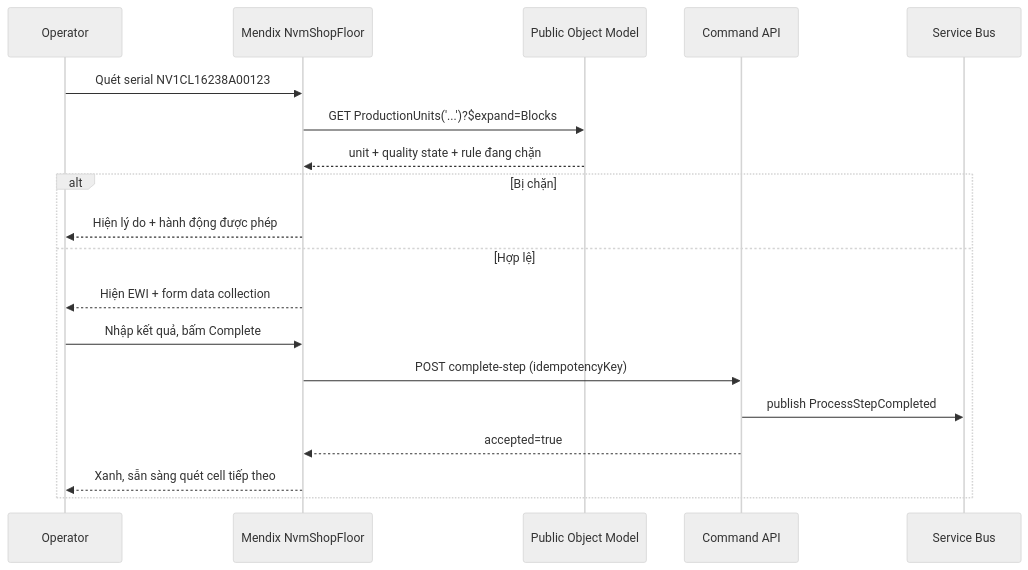
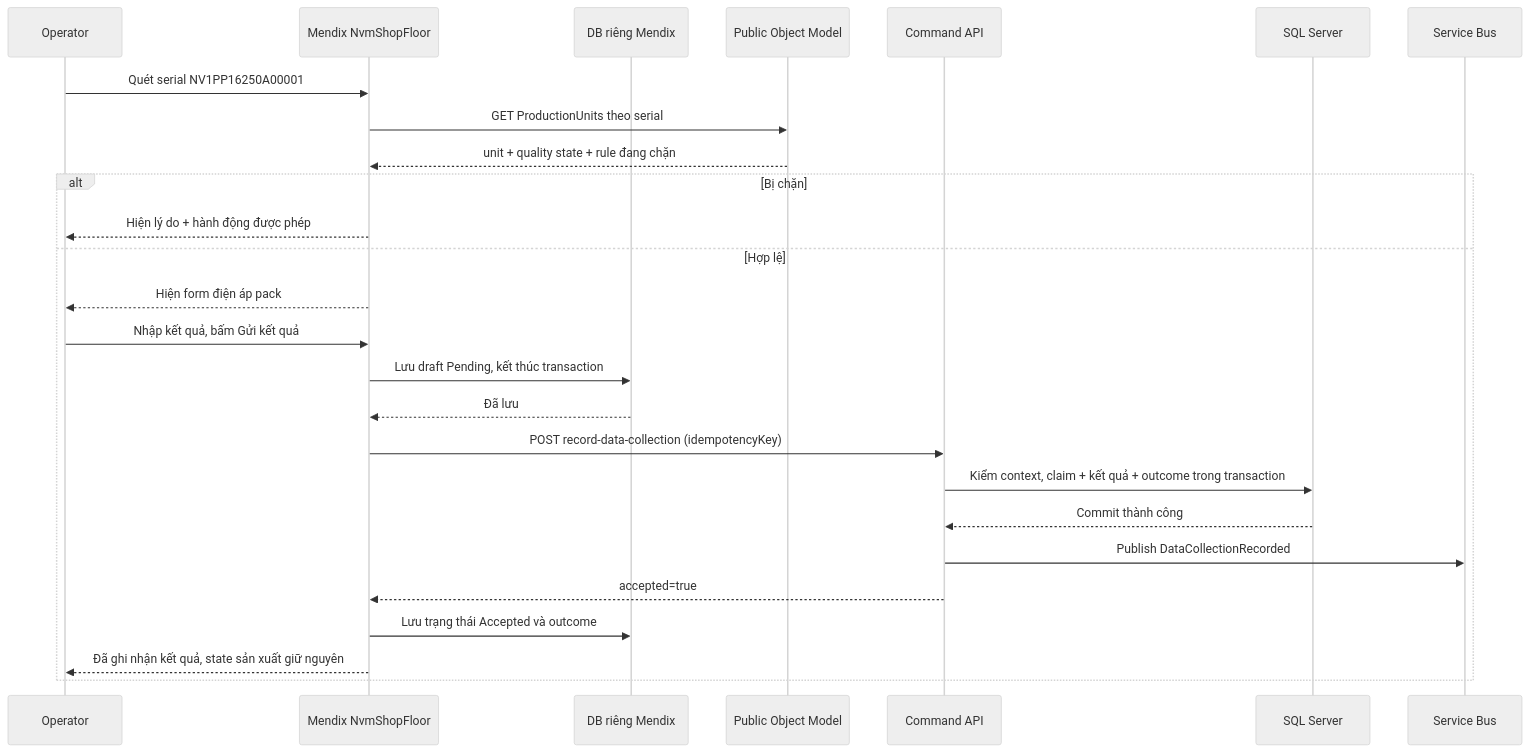
One commit to KingChen711/nova-volt changed the fourth of 6 diagrams in docs/scope.md. Above: the diagram before and after it, drawn with Mermaid (neutral theme). The commit also changed other lines of this file and 7 other files, not shown here.

Commit message:
docs(m4): define operator data collection boundaries

````diff
--- a/docs/scope.md
+++ b/docs/scope.md
@@ -1449,22 +1461,29 @@
 ```mermaid
 sequenceDiagram
     participant OP as Operator
     participant MX as Mendix NvmShopFloor
+    participant MXDB as DB riêng Mendix
     participant POM as Public Object Model
     participant CMD as Command API
+    participant SQL as SQL Server
     participant BUS as Service Bus
 
-    OP->>MX: Quét serial NV1CL16238A00123
-    MX->>POM: GET ProductionUnits('...')?$expand=Blocks
+    OP->>MX: Quét serial NV1PP16250A00001
+    MX->>POM: GET ProductionUnits theo serial
     POM-->>MX: unit + quality state + rule đang chặn
     alt Bị chặn
         MX-->>OP: Hiện lý do + hành động được phép
     else Hợp lệ
-        MX-->>OP: Hiện EWI + form data collection
-        OP->>MX: Nhập kết quả, bấm Complete
-        MX->>CMD: POST complete-step (idempotencyKey)
-        CMD->>BUS: publish ProcessStepCompleted
+        MX-->>OP: Hiện form điện áp pack
+        OP->>MX: Nhập kết quả, bấm Gửi kết quả
+        MX->>MXDB: Lưu draft Pending, kết thúc transaction
+        MXDB-->>MX: Đã lưu
+        MX->>CMD: POST record-data-collection (idempotencyKey)
+        CMD->>SQL: Kiểm context, claim + kết quả + outcome trong transaction
+        SQL-->>CMD: Commit thành công
+        CMD->>BUS: Publish DataCollectionRecorded
         CMD-->>MX: accepted=true
-        MX-->>OP: Xanh, sẵn sàng quét cell tiếp theo
+        MX->>MXDB: Lưu trạng thái Accepted và outcome
+        MX-->>OP: Đã ghi nhận kết quả, state sản xuất giữ nguyên
     end
 ```
````
